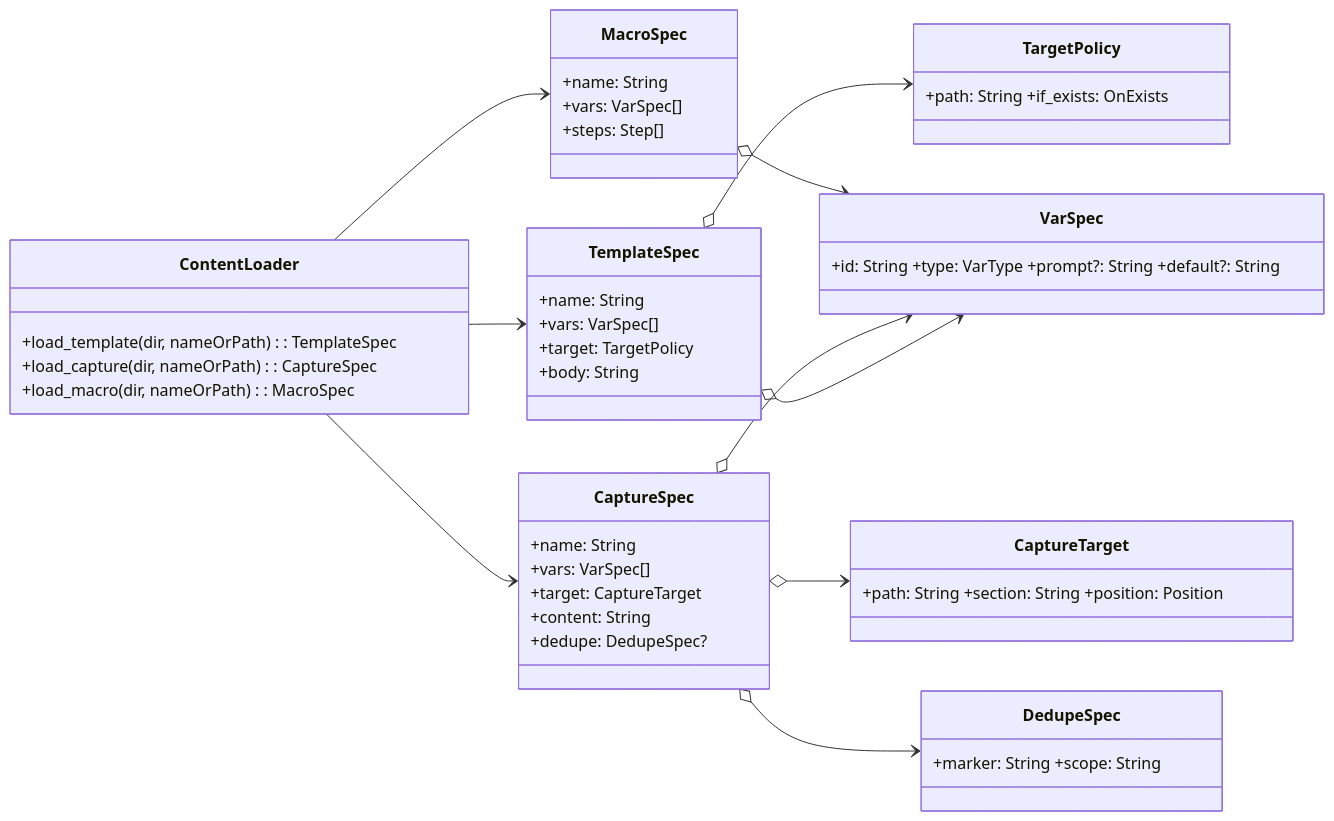
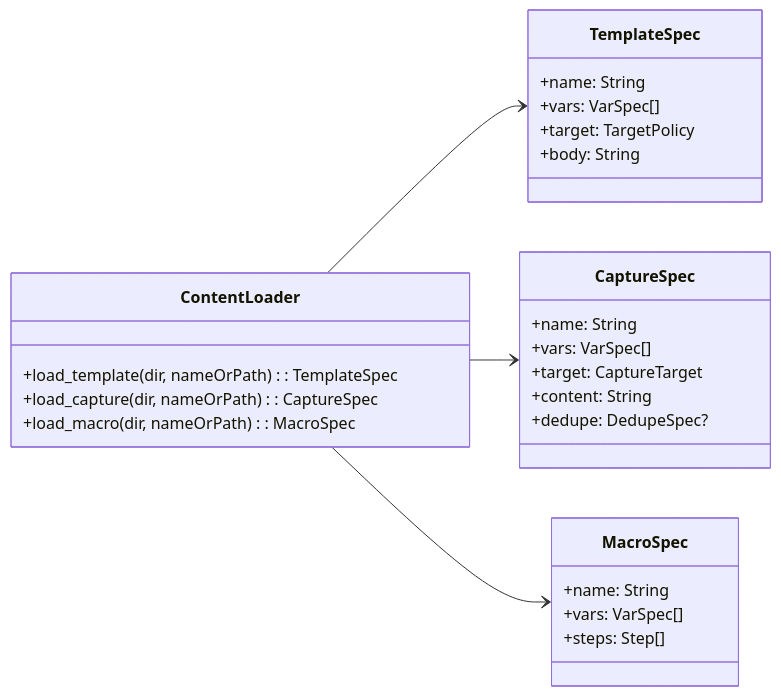
One commit to agustinvalencia/mdvault changed the fifth of 22 diagrams in docs/01_development_plan.md. Above: the diagram before and after it, drawn with Mermaid. The commit also changed other lines of this file and 1 other file, not shown here.

````diff
--- a/docs/01_development_plan.md
+++ b/docs/01_development_plan.md
@@ -118,42 +139,32 @@
 ```mermaid
 classDiagram
   direction LR
   class ContentLoader {
     +load_template(dir, nameOrPath): TemplateSpec
     +load_capture(dir, nameOrPath): CaptureSpec
     +load_macro(dir, nameOrPath): MacroSpec
   }
+
   class TemplateSpec {
     +name: String
     +vars: VarSpec[]
     +target: TargetPolicy
     +body: String
   }
   class CaptureSpec {
     +name: String
     +vars: VarSpec[]
     +target: CaptureTarget
     +content: String
     +dedupe: DedupeSpec?
   }
   class MacroSpec {
     +name: String
     +vars: VarSpec[]
     +steps: Step[]
   }
 
-  class VarSpec { +id: String +type: VarType +prompt?: String +default?: String }
-  class TargetPolicy { +path: String +if_exists: OnExists }
-  class CaptureTarget { +path: String +section: String +position: Position }
-  class DedupeSpec { +marker: String +scope: String }
-
   ContentLoader --> TemplateSpec
   ContentLoader --> CaptureSpec
   ContentLoader --> MacroSpec
-  TemplateSpec o--> VarSpec
-  TemplateSpec o--> TargetPolicy
-  CaptureSpec o--> VarSpec
-  CaptureSpec o--> CaptureTarget
-  CaptureSpec o--> DedupeSpec
-  MacroSpec o--> VarSpec
 ```
````
